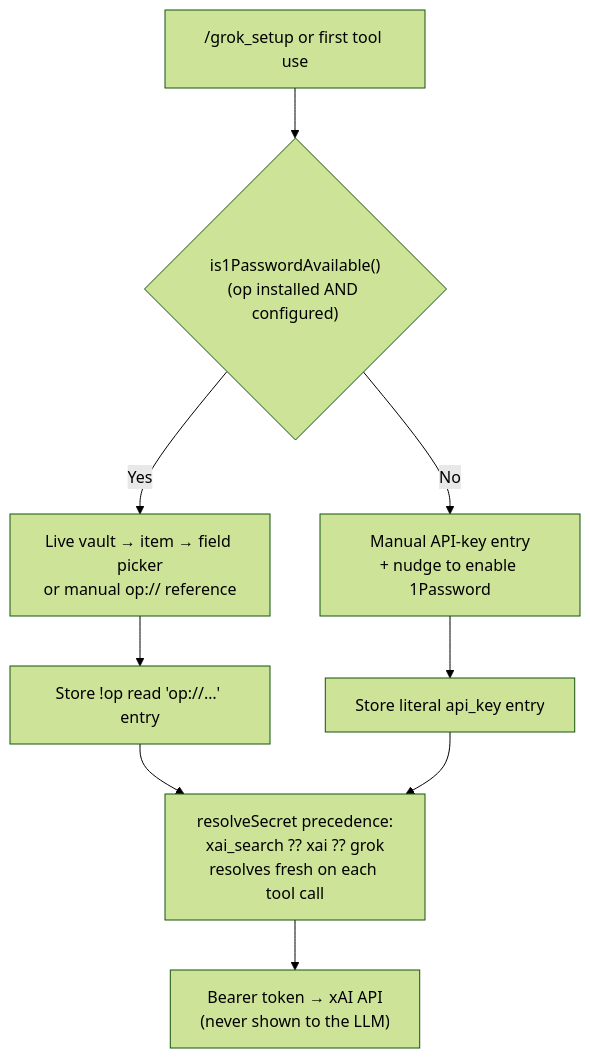
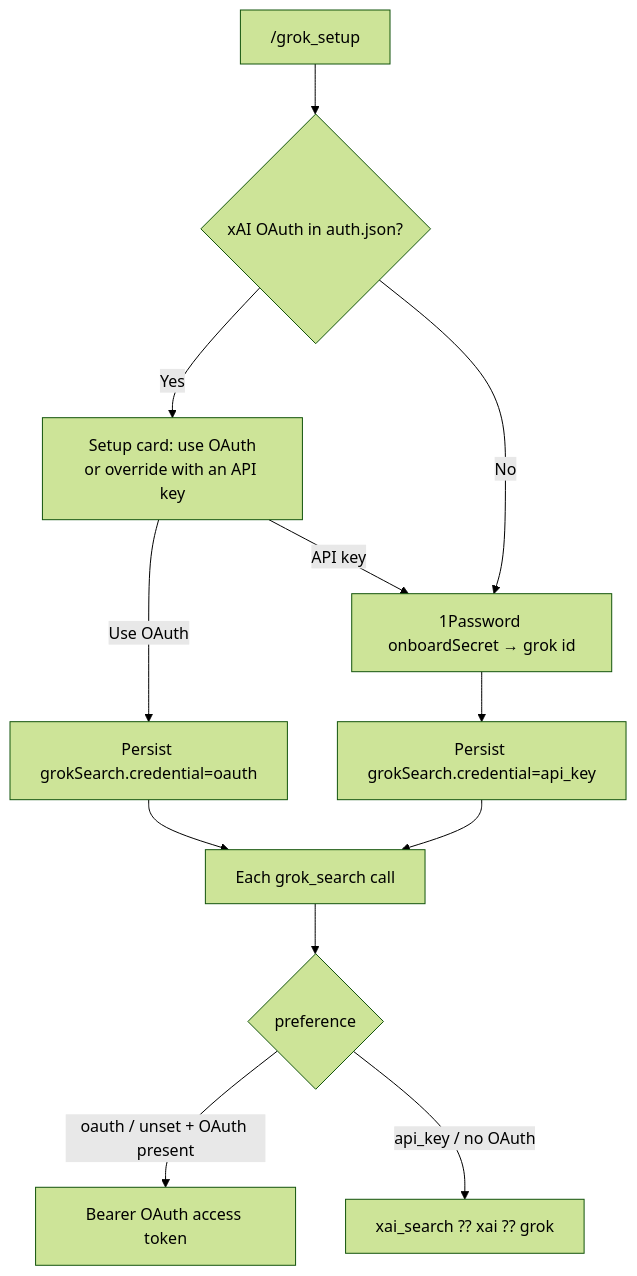
Before and after one commit to jmcombs/pi-extensions: the diagram in packages/grok-search/README.md, drawn with Mermaid (forest theme). The commit also changed other lines of this file and 7 other files, not shown here.

First line of the commit message:
feat(grok-search): use xAI OAuth when available (#263)

````diff
--- a/packages/grok-search/README.md
+++ b/packages/grok-search/README.md
@@ -49,11 +67,14 @@
 ```mermaid
 flowchart TD
-    A["/grok_setup or first tool use"] --> B{"is1PasswordAvailable()<br/>(op installed AND configured)"}
-    B -- "Yes" --> C["Live vault → item → field picker<br/>or manual op:// reference"]
-    C --> D["Store !op read 'op://…' entry"]
-    B -- "No" --> E["Manual API-key entry<br/>+ nudge to enable 1Password"]
-    E --> F["Store literal api_key entry"]
-    D --> G["resolveSecret precedence:<br/>xai_search ?? xai ?? grok<br/>resolves fresh on each tool call"]
+    A["/grok_setup"] --> B{"xAI OAuth in auth.json?"}
+    B -- "Yes" --> C["Setup card: use OAuth<br/>or override with an API key"]
+    C -- "Use OAuth" --> D["Persist grokSearch.credential=oauth"]
+    C -- "API key" --> E["1Password onboardSecret → grok id"]
+    B -- "No" --> E
+    E --> F["Persist grokSearch.credential=api_key"]
+    D --> G["Each grok_search call"]
     F --> G
-    G --> H["Bearer token → xAI API<br/>(never shown to the LLM)"]
+    G --> H{"preference"}
+    H -- "oauth / unset + OAuth present" --> I["Bearer OAuth access token"]
+    H -- "api_key / no OAuth" --> J["xai_search ?? xai ?? grok"]
 ```
````
